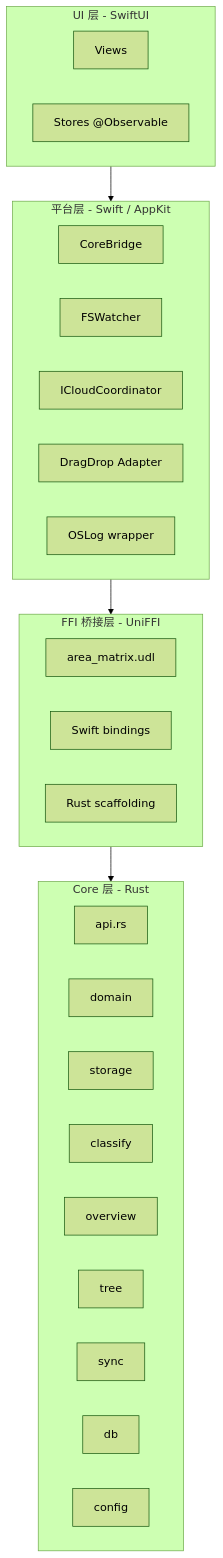
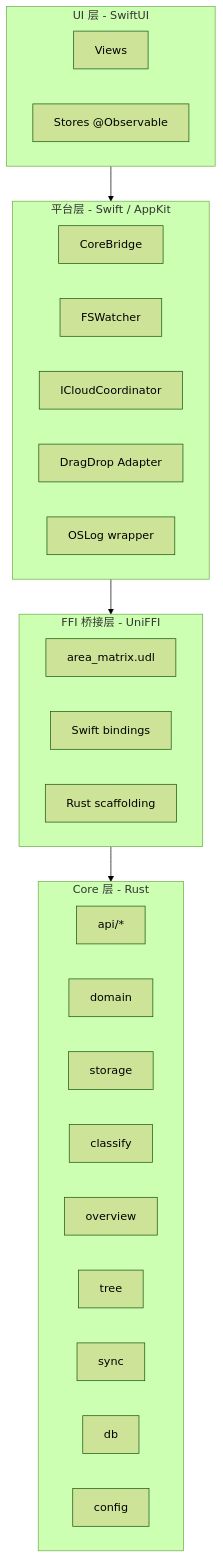
The first of 5 diagrams in docs/architecture/layered-design.md (AreaSong/AreaMatrix), drawn with Mermaid (forest theme) before and after one commit. The commit also changed other lines of this file and 143 other files, not shown here.

````diff
--- a/docs/architecture/layered-design.md
+++ b/docs/architecture/layered-design.md
@@ -11,34 +11,34 @@
 ```mermaid
 flowchart TB
     subgraph L4 [UI 层 - SwiftUI]
         Views[Views]
         Stores[Stores @Observable]
     end
     subgraph L3 [平台层 - Swift / AppKit]
         Bridge[CoreBridge]
         FSWatcher[FSWatcher]
         ICloud[ICloudCoordinator]
         DragDrop[DragDrop Adapter]
         Logging[OSLog wrapper]
     end
     subgraph L2 [FFI 桥接层 - UniFFI]
         UDL[area_matrix.udl]
         SwiftBindings[Swift bindings]
         RustScaffolding[Rust scaffolding]
     end
     subgraph L1 [Core 层 - Rust]
-        APIRust[api.rs]
+        APIRust[api/*]
         Domain[domain]
         Storage[storage]
         Classify[classify]
         Overview[overview]
         Tree[tree]
         Sync[sync]
         DB[db]
         Config[config]
     end
 
     L4 --> L3
     L3 --> L2
     L2 --> L1
 ```
````
